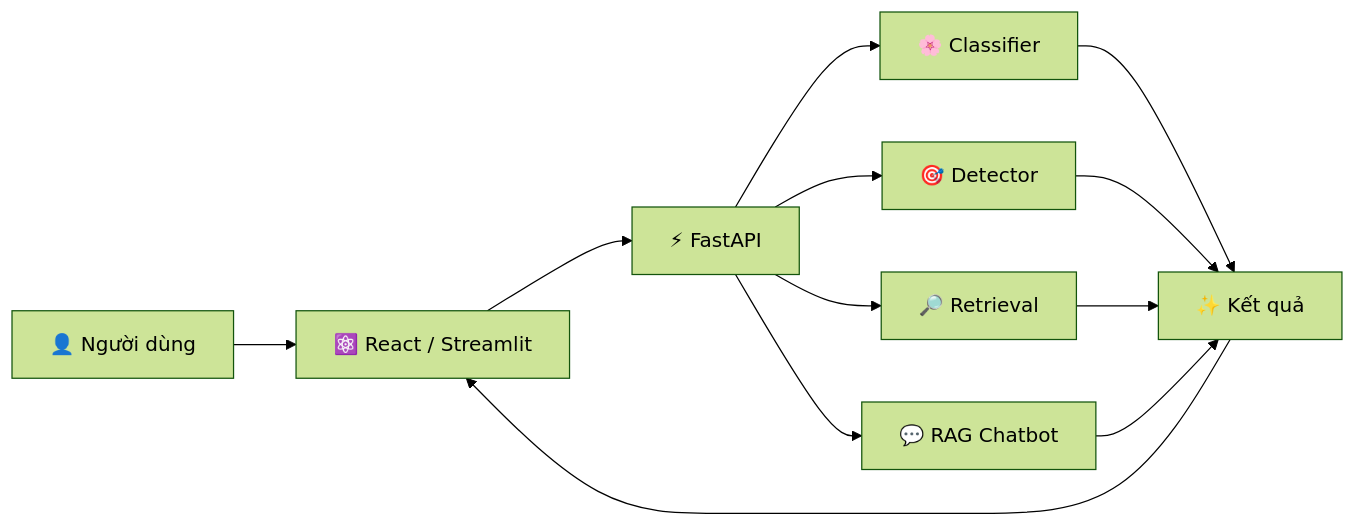
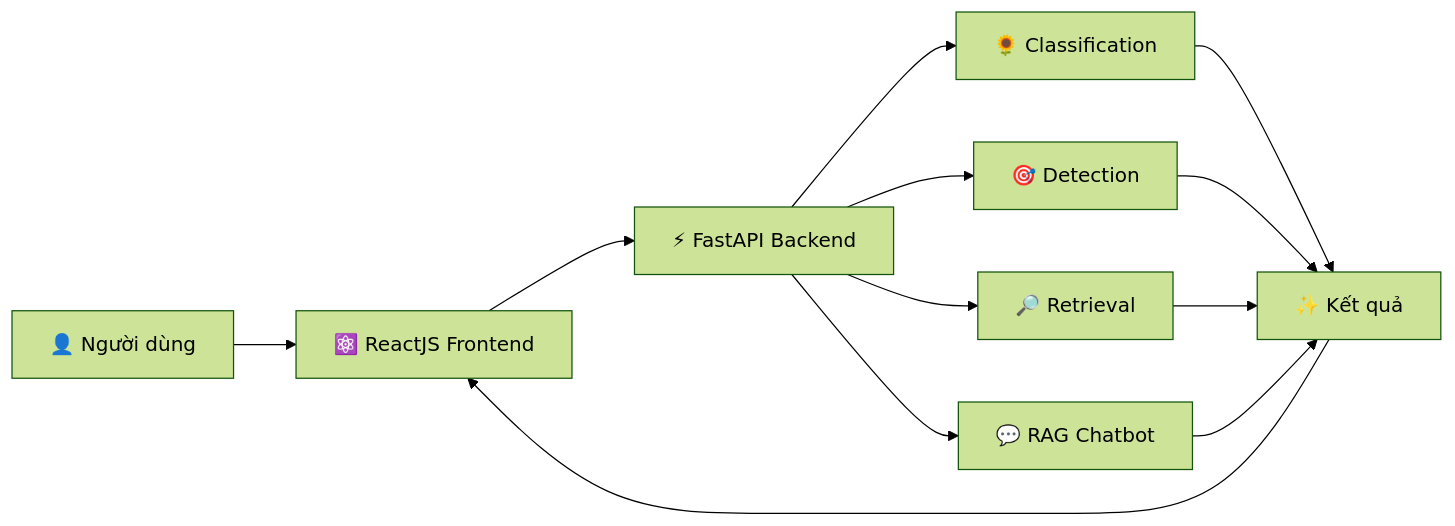
Before and after one commit to ptthvy/Web_Nang-Cao_Nhom-6-: the first of 2 diagrams in README.md, drawn with Mermaid (forest theme). The commit also changed other lines of this file, not shown here.

````diff
--- a/README.md
+++ b/README.md
@@ -86,14 +149,17 @@
 ```mermaid
-graph LR
-    U[👤 Người dùng] --> R[⚛️ React / Streamlit]
-    R --> F[⚡ FastAPI]
-    F --> C[🌸 Classifier]
-    F --> D[🎯 Detector]
-    F --> S[🔎 Retrieval]
-    F --> A[💬 RAG Chatbot]
-    C --> O[✨ Kết quả]
+flowchart LR
+    U["👤 Người dùng"] --> F["⚛️ ReactJS Frontend"]
+    F --> A["⚡ FastAPI Backend"]
+
+    A --> C["🌻 Classification"]
+    A --> D["🎯 Detection"]
+    A --> R["🔎 Retrieval"]
+    A --> G["💬 RAG Chatbot"]
+
+    C --> O["✨ Kết quả"]
     D --> O
-    S --> O
-    A --> O
-    O --> R
+    R --> O
+    G --> O
+
+    O --> F
 ```
````
